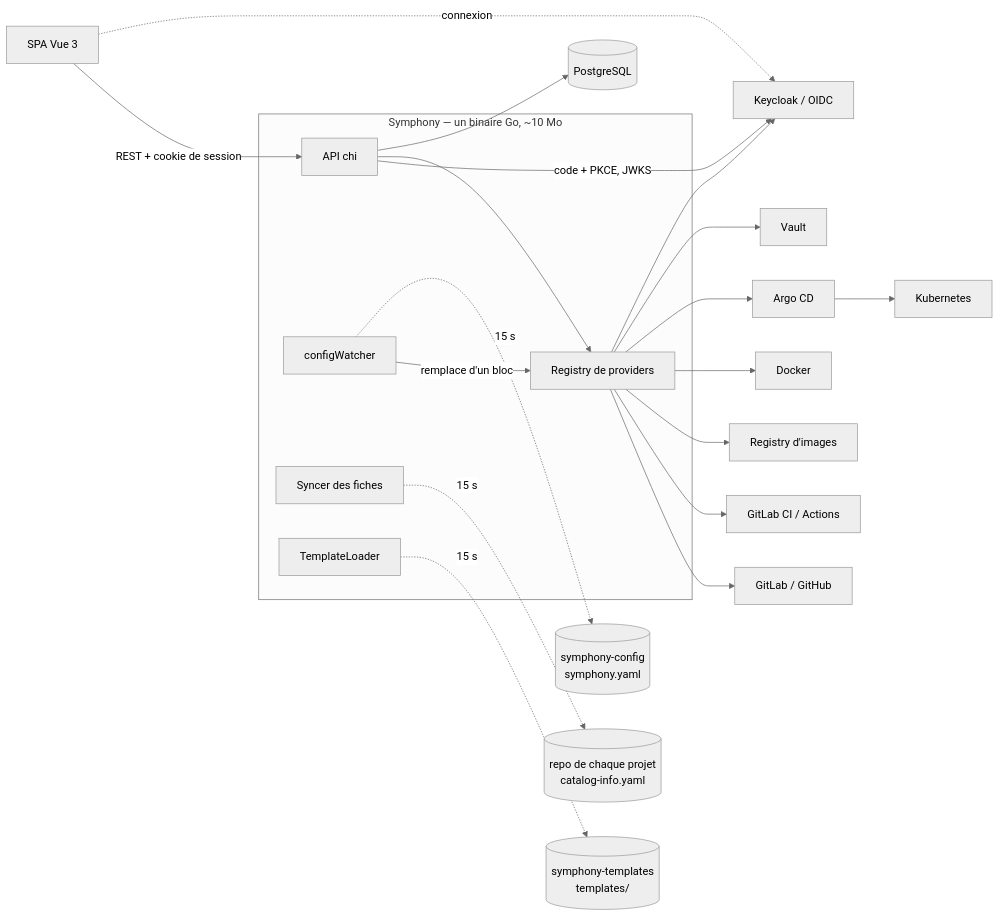
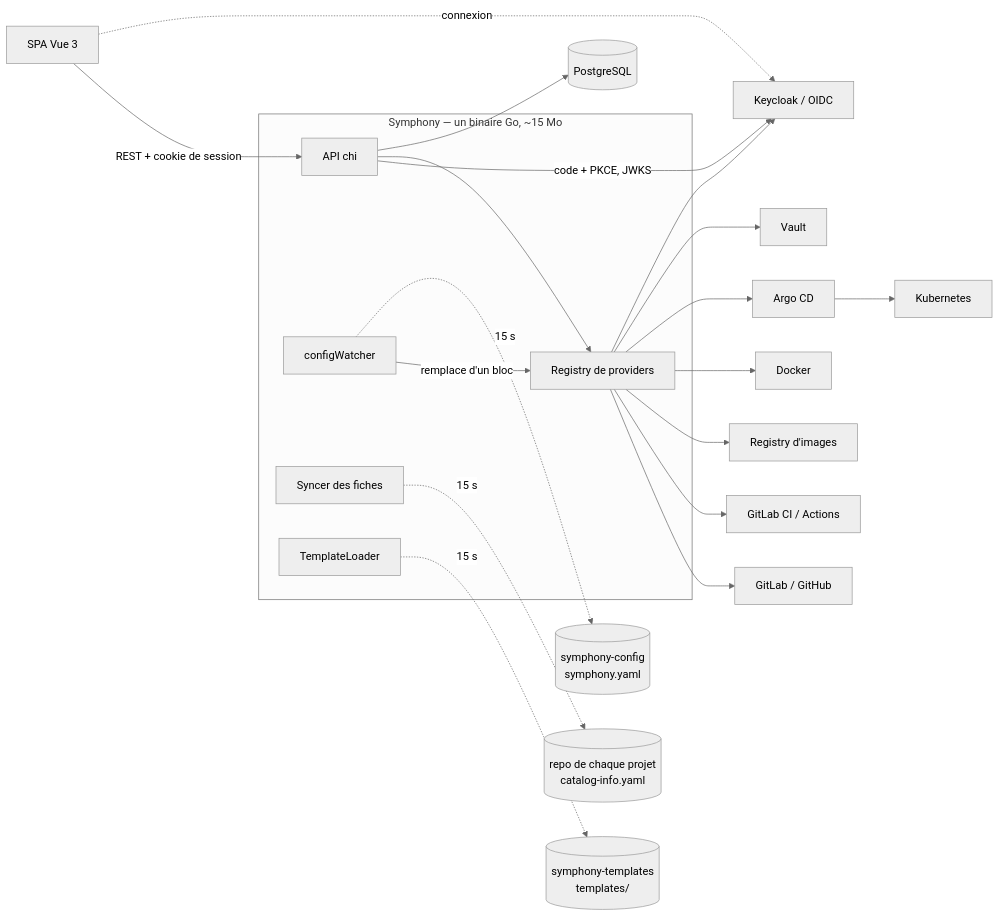
The diagram in README.md (clemuscle/symphony), drawn with Mermaid (neutral theme) before and after one commit. The commit also changed 30 other files, not shown here.

````diff
--- a/README.md
+++ b/README.md
@@ -95,23 +95,23 @@
 ```mermaid
 flowchart LR
   UI[SPA Vue 3] -->|REST + cookie de session| API
   UI -.->|connexion| IDP[Keycloak / OIDC]
   API -->|code + PKCE, JWKS| IDP
-  subgraph Symphony["Symphony — un binaire Go, ~10 Mo"]
+  subgraph Symphony["Symphony — un binaire Go, ~15 Mo"]
     API[API chi] --> REG[Registry de providers]
     W[configWatcher] -->|remplace d'un bloc| REG
     S[Syncer des fiches]
     T[TemplateLoader]
   end
   REG --> SCM[GitLab / GitHub]
   REG --> CI[GitLab CI / Actions]
   REG --> IMG[Registry d'images]
   REG --> RT[Docker]
   REG --> ARGO[Argo CD] --> K8S[Kubernetes]
   REG --> SEC[Vault]
   REG --> IDP
   W -. 15 s .-> CFG[(symphony-config<br/>symphony.yaml)]
   S -. 15 s .-> SVC[(repo de chaque projet<br/>catalog-info.yaml)]
   T -. 15 s .-> TPL[(symphony-templates<br/>templates/)]
   API --> DB[(PostgreSQL)]
 ```
````
